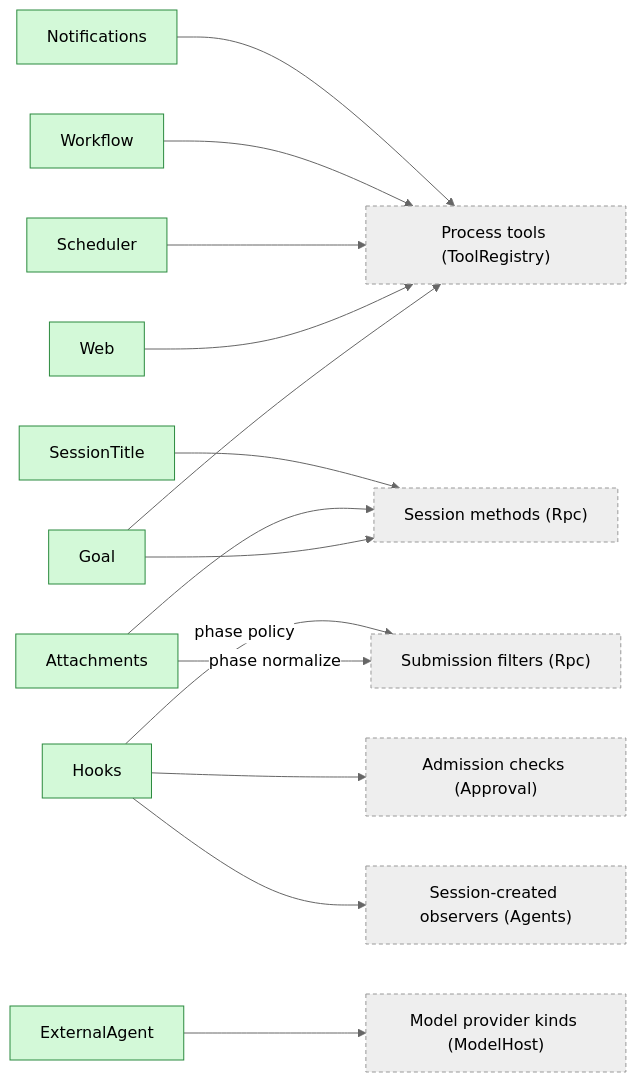
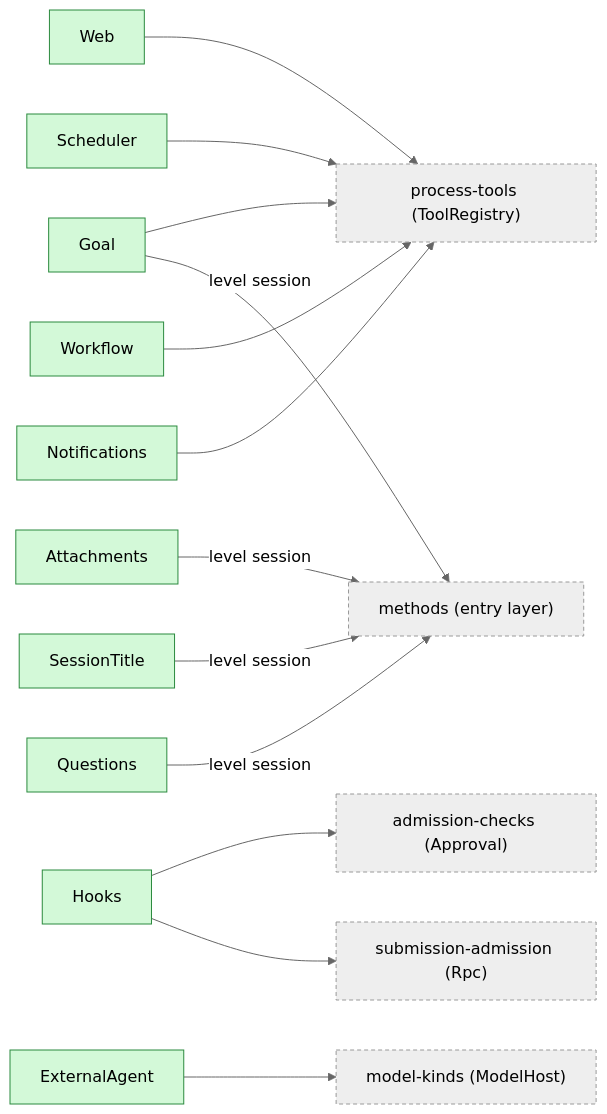
One commit to CoutinhoTTS/dim-agent changed the third of 9 diagrams in docs/design/overview.md. Above: the diagram before and after it, drawn with Mermaid (neutral theme). The commit also changed other lines of this file, not shown here.

````diff
--- a/docs/design/overview.md
+++ b/docs/design/overview.md
@@ -97,30 +99,28 @@
 ```mermaid
 flowchart LR
   classDef new fill:#d3f9d8,stroke:#2b8a3e,color:#000
   classDef contract stroke-dasharray:4 3
 
-  rTools["Process tools (ToolRegistry)"]:::contract
-  rAdm["Admission checks (Approval)"]:::contract
-  rFil["Submission filters (Rpc)"]:::contract
-  rSm["Session methods (Rpc)"]:::contract
-  rObs["Session-created observers (Agents)"]:::contract
-  rKind["Model provider kinds (ModelHost)"]:::contract
+  rTools["process-tools (ToolRegistry)"]:::contract
+  rAdm["admission-checks (Approval)"]:::contract
+  rSub["submission-admission (Rpc)"]:::contract
+  rM["methods (entry layer)"]:::contract
+  rKind["model-kinds (ModelHost)"]:::contract
 
   Goal["Goal"]:::new
   Web["Web"]:::new
   Sched["Scheduler"]:::new
   Wf["Workflow"]:::new
   Notif["Notifications"]:::new
   Hooks["Hooks"]:::new
   Att["Attachments"]:::new
   Title["SessionTitle"]:::new
+  Qs["Questions"]:::new
   Ext["ExternalAgent"]:::new
 
   Goal & Web & Sched & Wf & Notif --> rTools
   Hooks --> rAdm
-  Att -->|"phase normalize"| rFil
-  Hooks -->|"phase policy"| rFil
-  Hooks --> rObs
-  Goal & Att & Title --> rSm
+  Hooks --> rSub
+  Goal & Att & Title & Qs -->|"level session"| rM
   Ext --> rKind
 ```
````
